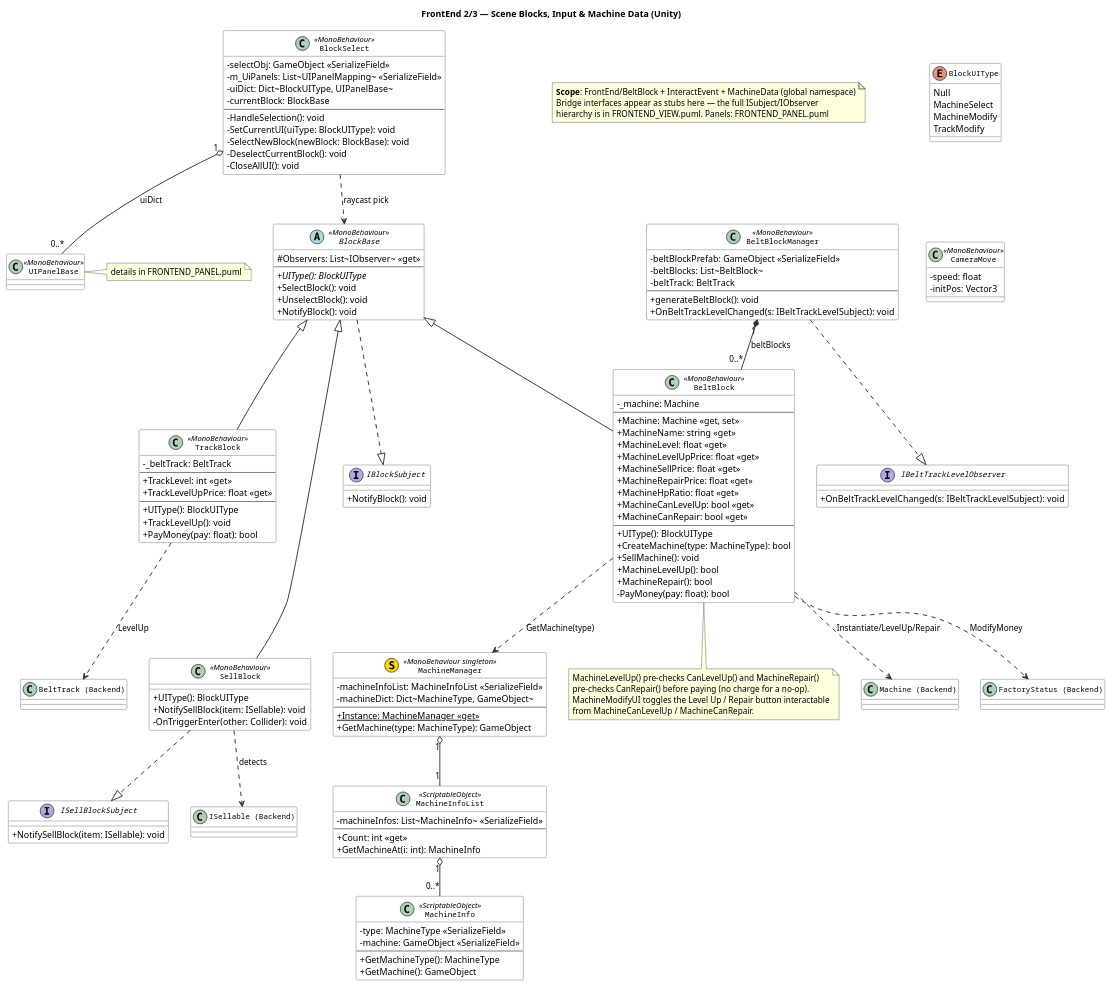
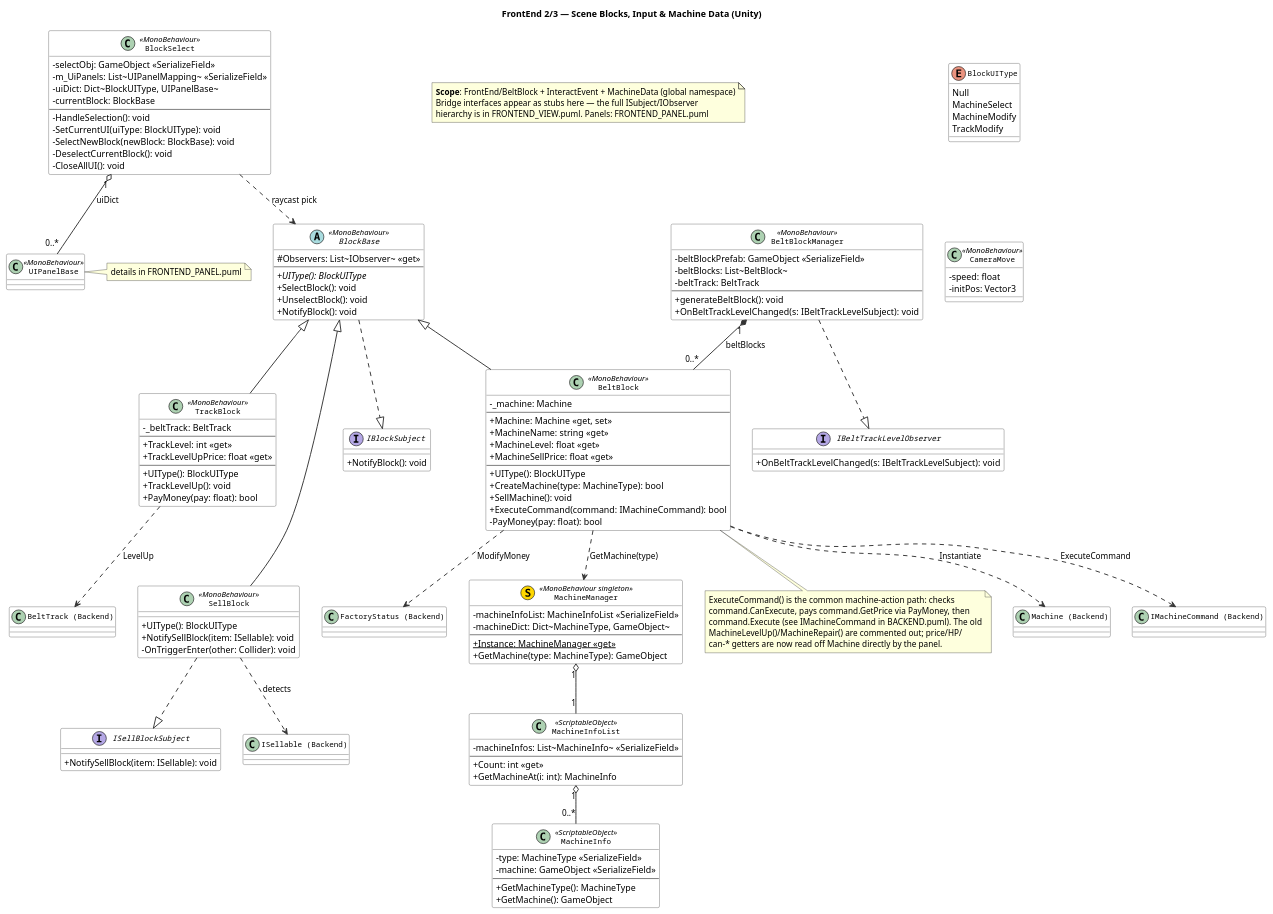
One commit to dotori235/OOPS-Project changed the diagram in Assets/Scripts/FRONTEND_BLOCK.puml. Above: the diagram before and after it, drawn with PlantUML. The commit also changed 5 other files, not shown here.

```diff
--- a/Assets/Scripts/FRONTEND_BLOCK.puml
+++ b/Assets/Scripts/FRONTEND_BLOCK.puml
@@ -1,188 +1,184 @@
 @startuml FRONTEND_BLOCK
 
 skinparam classAttributeIconSize 0
 skinparam classFontName Courier
 skinparam classFontSize 12
 skinparam classHeaderBackgroundColor #D8E8F0
 skinparam classBorderColor #333333
 skinparam classBackgroundColor #FFFFFF
 skinparam interfaceBackgroundColor #E8F4E8
 skinparam interfaceBorderColor #336633
 skinparam arrowColor #333333
 skinparam arrowThickness 1.5
 
 title FrontEnd 2/3 — Scene Blocks, Input & Machine Data (Unity)
 
 note as N1
   <b>Scope</b>: FrontEnd/BeltBlock + InteractEvent + MachineData (global namespace)
   Bridge interfaces appear as stubs here — the full ISubject/IObserver
   hierarchy is in FRONTEND_VIEW.puml. Panels: FRONTEND_PANEL.puml
 end note
 
 ' ══════════════════════════════════════════════
 ' Bridge interface stubs (full hierarchy: FRONTEND_VIEW.puml)
 ' ══════════════════════════════════════════════
 
 interface IBlockSubject {
   +NotifyBlock(): void
 }
 interface ISellBlockSubject {
   +NotifySellBlock(item: ISellable): void
 }
 interface IBeltTrackLevelObserver {
   +OnBeltTrackLevelChanged(s: IBeltTrackLevelSubject): void
 }
 
 ' ══════════════════════════════════════════════
 ' BLOCK system (selectable blocks in the scene)
 ' ══════════════════════════════════════════════
 
 abstract class BlockBase << MonoBehaviour >> {
   #Observers: List~IObserver~ <<get>>
   --
   +{abstract} UIType(): BlockUIType
   +SelectBlock(): void
   +UnselectBlock(): void
   +NotifyBlock(): void
 }
 
 class BeltBlock << MonoBehaviour >> {
   -_machine: Machine
   --
   +Machine: Machine <<get, set>>
   +MachineName: string <<get>>
   +MachineLevel: float <<get>>
-  +MachineLevelUpPrice: float <<get>>
   +MachineSellPrice: float <<get>>
-  +MachineRepairPrice: float <<get>>
-  +MachineHpRatio: float <<get>>
-  +MachineCanLevelUp: bool <<get>>
-  +MachineCanRepair: bool <<get>>
   --
   +UIType(): BlockUIType
   +CreateMachine(type: MachineType): bool
   +SellMachine(): void
-  +MachineLevelUp(): bool
-  +MachineRepair(): bool
+  +ExecuteCommand(command: IMachineCommand): bool
   -PayMoney(pay: float): bool
 }
 
 note bottom of BeltBlock
-  MachineLevelUp() pre-checks CanLevelUp() and MachineRepair()
-  pre-checks CanRepair() before paying (no charge for a no-op).
-  MachineModifyUI toggles the Level Up / Repair button interactable
-  from MachineCanLevelUp / MachineCanRepair.
+  ExecuteCommand() is the common machine-action path: checks
+  command.CanExecute, pays command.GetPrice via PayMoney, then
+  command.Execute (see IMachineCommand in BACKEND.puml). The old
+  MachineLevelUp()/MachineRepair() are commented out; price/HP/
+  can-* getters are now read off Machine directly by the panel.
 end note
 
 class TrackBlock << MonoBehaviour >> {
   -_beltTrack: BeltTrack
   --
   +TrackLevel: int <<get>>
   +TrackLevelUpPrice: float <<get>>
   --
   +UIType(): BlockUIType
   +TrackLevelUp(): void
   +PayMoney(pay: float): bool
 }
 
 class SellBlock << MonoBehaviour >> {
   +UIType(): BlockUIType
   +NotifySellBlock(item: ISellable): void
   -OnTriggerEnter(other: Collider): void
 }
 
 class BeltBlockManager << MonoBehaviour >> {
   -beltBlockPrefab: GameObject <<SerializeField>>
   -beltBlocks: List~BeltBlock~
   -beltTrack: BeltTrack
   --
   +generateBeltBlock(): void
   +OnBeltTrackLevelChanged(s: IBeltTrackLevelSubject): void
 }
 
 BlockBase ..|> IBlockSubject
 BlockBase <|-- BeltBlock
 BlockBase <|-- TrackBlock
 BlockBase <|-- SellBlock
 SellBlock ..|> ISellBlockSubject
 BeltBlockManager ..|> IBeltTrackLevelObserver
 BeltBlockManager "1" *-- "0..*" BeltBlock : beltBlocks
-BeltBlock ..> "Machine (Backend)" : Instantiate/LevelUp/Repair
+BeltBlock ..> "Machine (Backend)" : Instantiate
+BeltBlock ..> "IMachineCommand (Backend)" : ExecuteCommand
 BeltBlock ..> "FactoryStatus (Backend)" : ModifyMoney
 TrackBlock ..> "BeltTrack (Backend)" : LevelUp
 SellBlock ..> "ISellable (Backend)" : detects
 
 ' stack siblings to limit width
 TrackBlock -[hidden]- SellBlock
 
 ' ══════════════════════════════════════════════
 ' Input / selection (InteractEvent)
 ' ══════════════════════════════════════════════
 
 enum BlockUIType {
   Null
   MachineSelect
   MachineModify
   TrackModify
 }
 
 class BlockSelect << MonoBehaviour >> {
   -selectObj: GameObject <<SerializeField>>
   -m_UiPanels: List~UIPanelMapping~ <<SerializeField>>
   -uiDict: Dict~BlockUIType, UIPanelBase~
   -currentBlock: BlockBase
   --
   -HandleSelection(): void
   -SetCurrentUI(uiType: BlockUIType): void
   -SelectNewBlock(newBlock: BlockBase): void
   -DeselectCurrentBlock(): void
   -CloseAllUI(): void
 }
 
 class CameraMove << MonoBehaviour >> {
   -speed: float
   -initPos: Vector3
 }
 
 class UIPanelBase << MonoBehaviour >>
 note right of UIPanelBase : details in FRONTEND_PANEL.puml
 
 BlockSelect ..> BlockBase : raycast pick
 BlockSelect "1" o-- "0..*" UIPanelBase : uiDict
 
 ' ══════════════════════════════════════════════
 ' MACHINE DATA (ScriptableObject)
 ' ══════════════════════════════════════════════
 
 class MachineManager << (S,#FFD700) MonoBehaviour singleton >> {
   -machineInfoList: MachineInfoList <<SerializeField>>
   -machineDict: Dict~MachineType, GameObject~
   --
   +Instance: MachineManager <<get>> {static}
   +GetMachine(type: MachineType): GameObject
 }
 
 class MachineInfoList << ScriptableObject >> {
   -machineInfos: List~MachineInfo~ <<SerializeField>>
   --
   +Count: int <<get>>
   +GetMachineAt(i: int): MachineInfo
 }
 
 class MachineInfo << ScriptableObject >> {
   -type: MachineType <<SerializeField>>
   -machine: GameObject <<SerializeField>>
   --
   +GetMachineType(): MachineType
   +GetMachine(): GameObject
 }
 
 MachineManager "1" o-- "1" MachineInfoList
 MachineInfoList "1" o-- "0..*" MachineInfo
 BeltBlock ..> MachineManager : GetMachine(type)
 
 ' anchor otherwise-disconnected nodes below the graph
 ' instead of letting them widen the layout sideways
 BlockUIType -[hidden]- CameraMove
 
 @enduml
```
